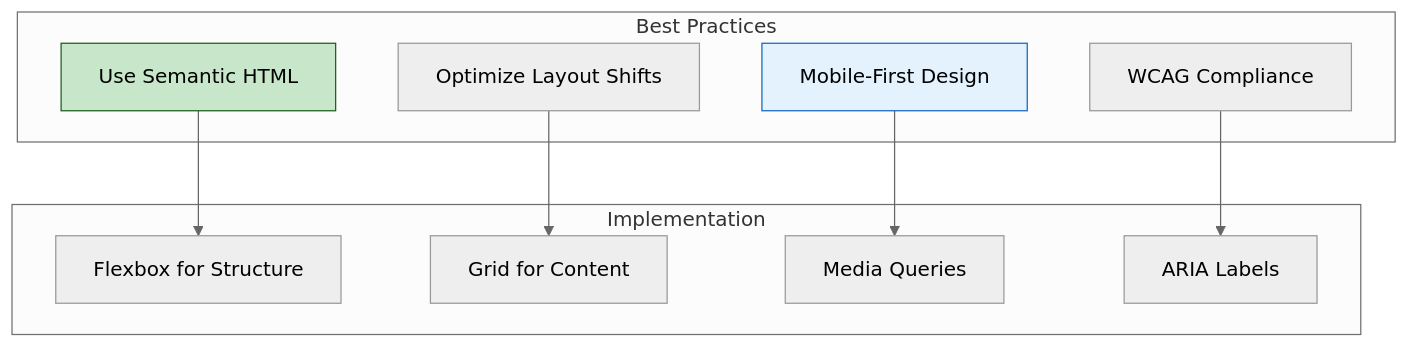
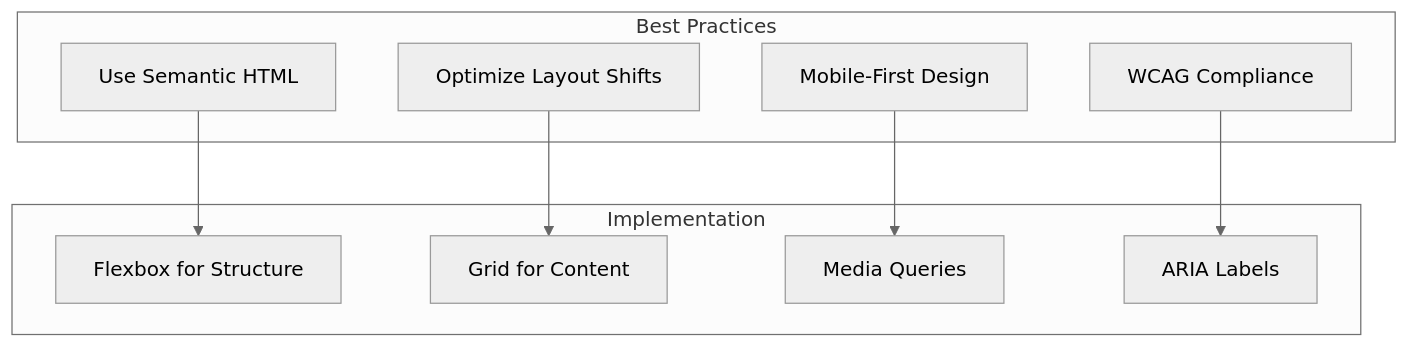
The sixth of 6 diagrams in docs/components/layout-components.md (o2alexanderfedin/angular-cas-disot), drawn with Mermaid (neutral theme) before and after one commit. The commit also changed other lines of this file and 18 other files, not shown here.

````diff
--- a/docs/components/layout-components.md
+++ b/docs/components/layout-components.md
@@ -384,24 +378,24 @@
 ```mermaid
 graph TD
     subgraph "Best Practices"
         SEMANTIC[Use Semantic HTML]
         RESPONSIVE[Mobile-First Design]
         ACCESSIBLE[WCAG Compliance]
         PERFORMANCE[Optimize Layout Shifts]
     end
     
     subgraph "Implementation"
         FLEX[Flexbox for Structure]
         GRID[Grid for Content]
         MEDIA[Media Queries]
         ARIA[ARIA Labels]
     end
     
     SEMANTIC --> FLEX
     RESPONSIVE --> MEDIA
     ACCESSIBLE --> ARIA
     PERFORMANCE --> GRID
     
-    style SEMANTIC fill:#c8e6c9,stroke:#1b5e20
-    style RESPONSIVE fill:#e3f2fd,stroke:#1565c0
+    
+    
 ```
````
